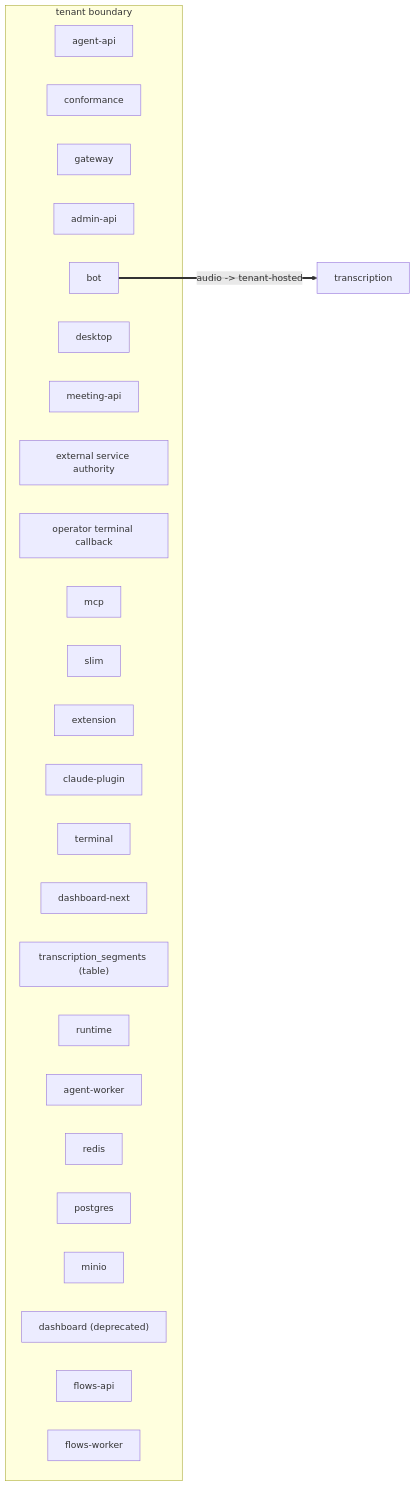
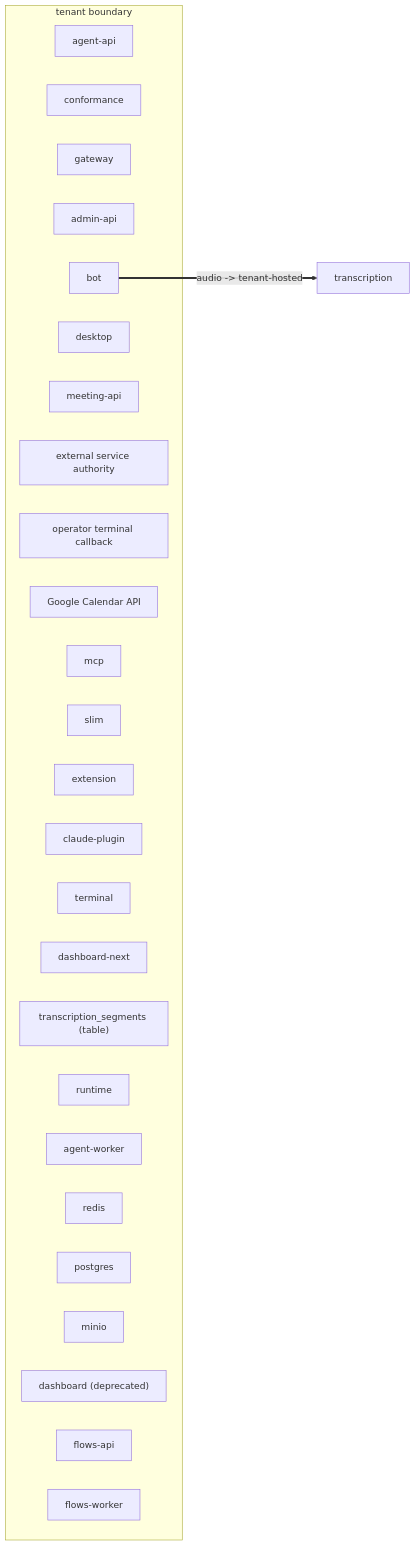
One commit to holako1992/vexa changed the diagram in docs/views/egress.mmd. Above: the diagram before and after it, drawn with Mermaid. The commit also changed 29 other files, not shown here.

First line of the commit message:
feat(identity,gateway,meetings): Google Calendar OAuth connector (DB-30)

```diff
--- a/docs/views/egress.mmd
+++ b/docs/views/egress.mmd
@@ -1,30 +1,31 @@
 %% GENERATED — pnpm arch:dsl --write
 flowchart LR
   subgraph tenant["tenant boundary"]
     agent_api["agent-api"]
     conformance["conformance"]
     gateway["gateway"]
     admin_api["admin-api"]
     bot["bot"]
     desktop["desktop"]
     meeting_api["meeting-api"]
     service_authority["external service authority"]
     system_webhook["operator terminal callback"]
+    google_calendar_api["Google Calendar API"]
     mcp["mcp"]
     slim["slim"]
     extension["extension"]
     claude_plugin["claude-plugin"]
     terminal["terminal"]
     dashboard_next["dashboard-next"]
     segments_table["transcription_segments (table)"]
     runtime["runtime"]
     agent_worker["agent-worker"]
     redis["redis"]
     postgres["postgres"]
     minio["minio"]
     dashboard["dashboard (deprecated)"]
     flows_api["flows-api"]
     flows_worker["flows-worker"]
   end
   transcription["transcription"]
   bot ==>|"audio -> tenant-hosted"| transcription
```
